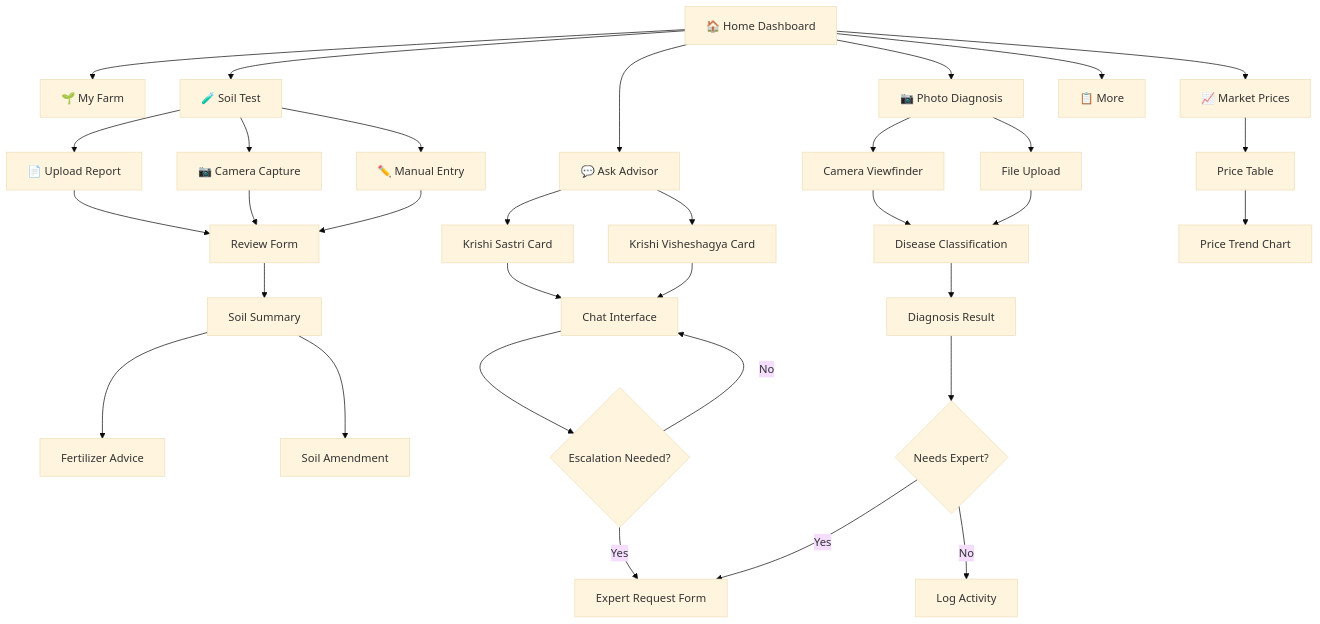
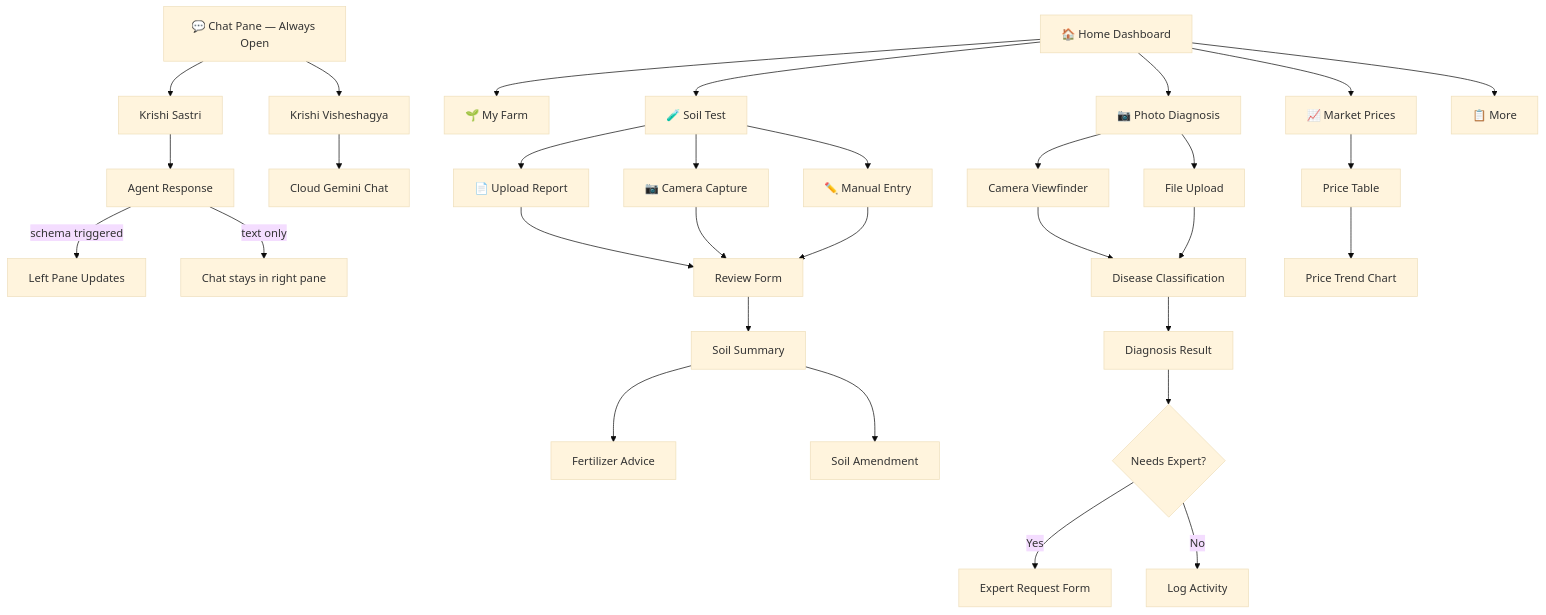
One commit to girinalin/agentic-agri-advisor changed the diagram in docs/03-design/navigation-and-screen-flow.md. Above: the diagram before and after it, drawn with Mermaid (base theme). The commit also changed other lines of this file and 21 other files, not shown here.

````diff
--- a/docs/03-design/navigation-and-screen-flow.md
+++ b/docs/03-design/navigation-and-screen-flow.md
@@ -27,39 +68,37 @@
 ```mermaid
 graph TD
     Home[🏠 Home Dashboard] --> Farm[🌱 My Farm]
     Home --> Soil[🧪 Soil Test]
-    Home --> Ask[💬 Ask Advisor]
     Home --> Photo[📷 Photo Diagnosis]
     Home --> Market[📈 Market Prices]
     Home --> More[📋 More]
 
     Soil --> SoilUpload[📄 Upload Report]
     Soil --> SoilCamera[📷 Camera Capture]
     Soil --> SoilManual[✏️ Manual Entry]
     SoilUpload --> SoilReview[Review Form]
     SoilCamera --> SoilReview
     SoilManual --> SoilReview
     SoilReview --> SoilSummary[Soil Summary]
     SoilSummary --> FertilizerAdvice[Fertilizer Advice]
     SoilSummary --> SoilAmendment[Soil Amendment]
 
-    Ask --> Sastri[Krishi Sastri Card]
-    Ask --> Visheshagya[Krishi Visheshagya Card]
-    Sastri --> Chat[Chat Interface]
-    Visheshagya --> Chat
-    Chat --> Escalation{Escalation Needed?}
-    Escalation -->|Yes| ExpertForm[Expert Request Form]
-    Escalation -->|No| Chat
+    Chat[💬 Chat Pane — Always Open] --> Sastri[Krishi Sastri]
+    Chat --> Visheshagya[Krishi Visheshagya]
+    Sastri --> ChatResponse[Agent Response]
+    ChatResponse -->|schema triggered| ContentPane[Left Pane Updates]
+    ChatResponse -->|text only| ChatPane[Chat stays in right pane]
+    Visheshagya --> ExpertChat[Cloud Gemini Chat]
 
     Photo --> CameraCapture[Camera Viewfinder]
     Photo --> FileUpload[File Upload]
     CameraCapture --> Classification[Disease Classification]
     FileUpload --> Classification
     Classification --> DiagnosisResult[Diagnosis Result]
     DiagnosisResult --> ExpertDelegation{Needs Expert?}
-    ExpertDelegation -->|Yes| ExpertForm
+    ExpertDelegation -->|Yes| ExpertForm[Expert Request Form]
     ExpertDelegation -->|No| ActivityLog[Log Activity]
 
     Market --> PriceTable[Price Table]
     PriceTable --> PriceTrend[Price Trend Chart]
 ```
````
